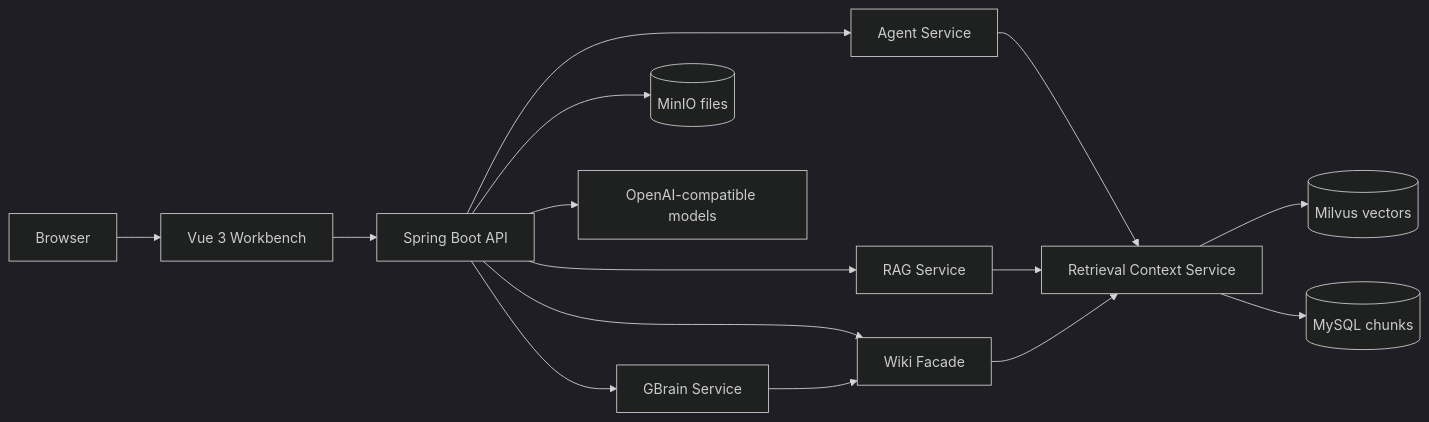
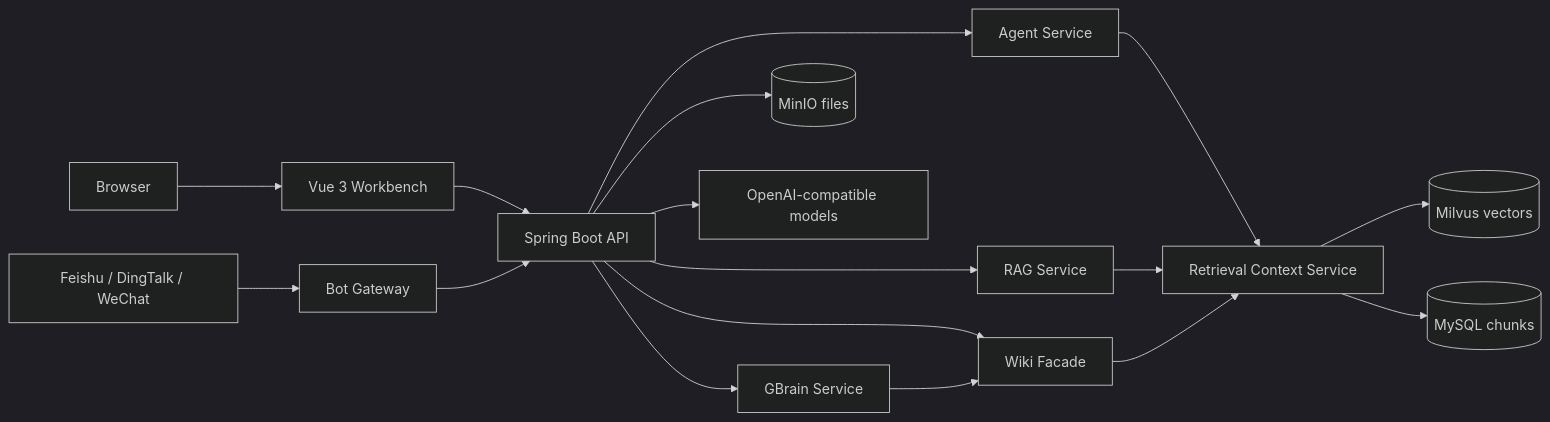
One commit to Harzva/CampusQA-Collection changed the diagram in README.md. Above: the diagram before and after it, drawn with Mermaid (dark theme). The commit also changed other lines of this file and 25 other files, not shown here.

Commit message:
Add production bot gateway design

````diff
--- a/README.md
+++ b/README.md
@@ -54,17 +57,19 @@
 ```mermaid
 flowchart LR
     User["Browser"] --> UI["Vue 3 Workbench"]
+    Bot["Feishu / DingTalk / WeChat"] --> Gateway["Bot Gateway"]
     UI --> API["Spring Boot API"]
+    Gateway --> API
     API --> RAG["RAG Service"]
     API --> Agent["Agent Service"]
     API --> Wiki["Wiki Facade"]
     API --> GBrain["GBrain Service"]
     Agent --> Retrieval["Retrieval Context Service"]
     RAG --> Retrieval
     Wiki --> Retrieval
     GBrain --> Wiki
     Retrieval --> Milvus[("Milvus vectors")]
     Retrieval --> MySQL[("MySQL chunks")]
     API --> MinIO[("MinIO files")]
     API --> Model["OpenAI-compatible models"]
 ```
````
